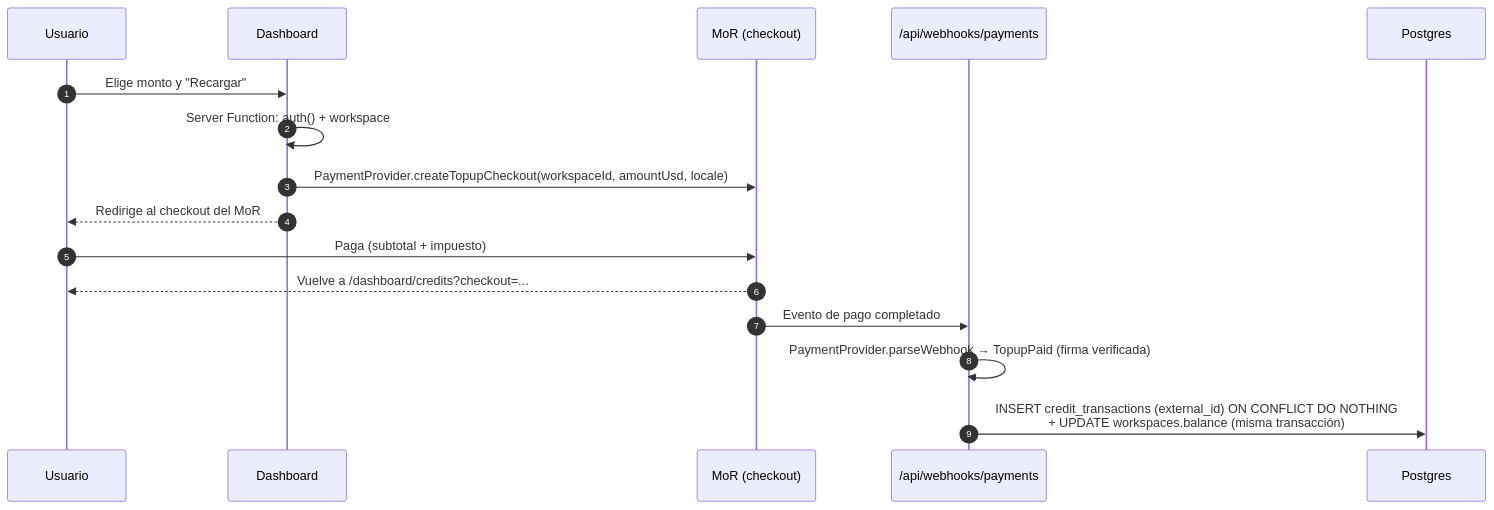
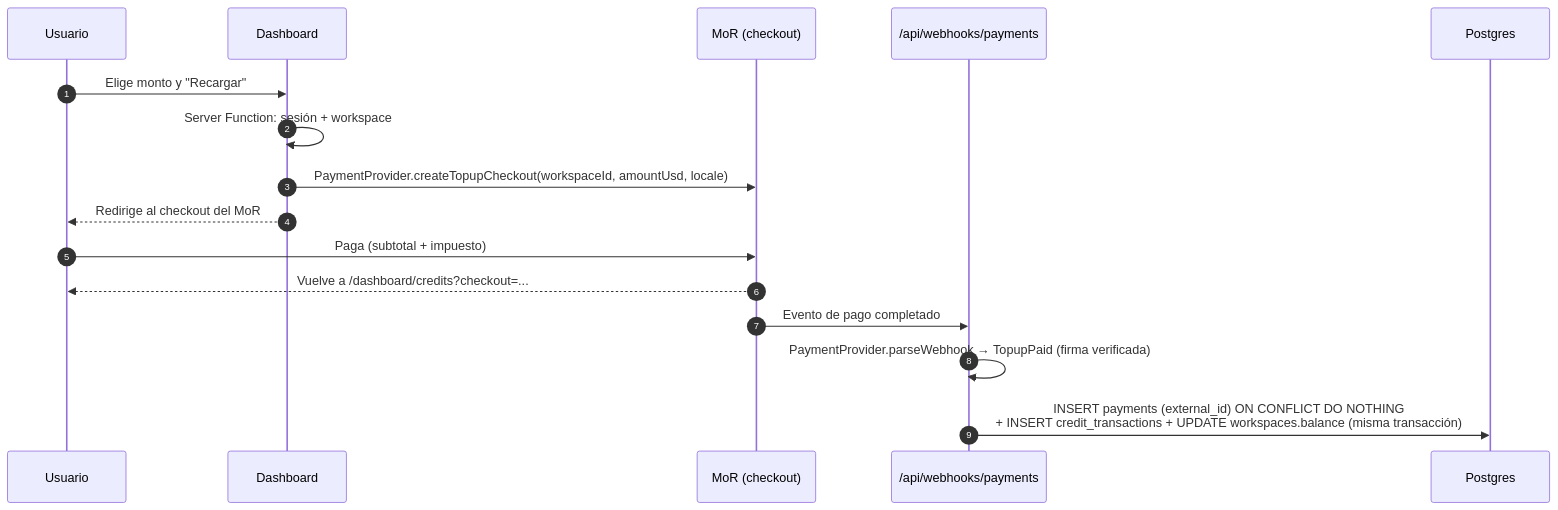
One commit to 0xPasho/cheaptokens.wtf changed the diagram in docs/08-creditos-y-pagos.md. Above: the diagram before and after it, drawn with Mermaid. The commit also changed other lines of this file and 16 other files, not shown here.

````diff
--- a/docs/08-creditos-y-pagos.md
+++ b/docs/08-creditos-y-pagos.md
@@ -31,19 +77,19 @@
 ```mermaid
 sequenceDiagram
   autonumber
   participant U as Usuario
   participant W as Dashboard
   participant M as MoR (checkout)
   participant H as /api/webhooks/payments
   participant DB as Postgres
 
   U->>W: Elige monto y "Recargar"
-  W->>W: Server Function: auth() + workspace
+  W->>W: Server Function: sesión + workspace
   W->>M: PaymentProvider.createTopupCheckout(workspaceId, amountUsd, locale)
   W-->>U: Redirige al checkout del MoR
   U->>M: Paga (subtotal + impuesto)
   M-->>U: Vuelve a /dashboard/credits?checkout=...
   M->>H: Evento de pago completado
   H->>H: PaymentProvider.parseWebhook → TopupPaid (firma verificada)
-  H->>DB: INSERT credit_transactions (external_id) ON CONFLICT DO NOTHING<br/>+ UPDATE workspaces.balance (misma transacción)
+  H->>DB: INSERT payments (external_id) ON CONFLICT DO NOTHING<br/>+ INSERT credit_transactions + UPDATE workspaces.balance (misma transacción)
 ```
````
